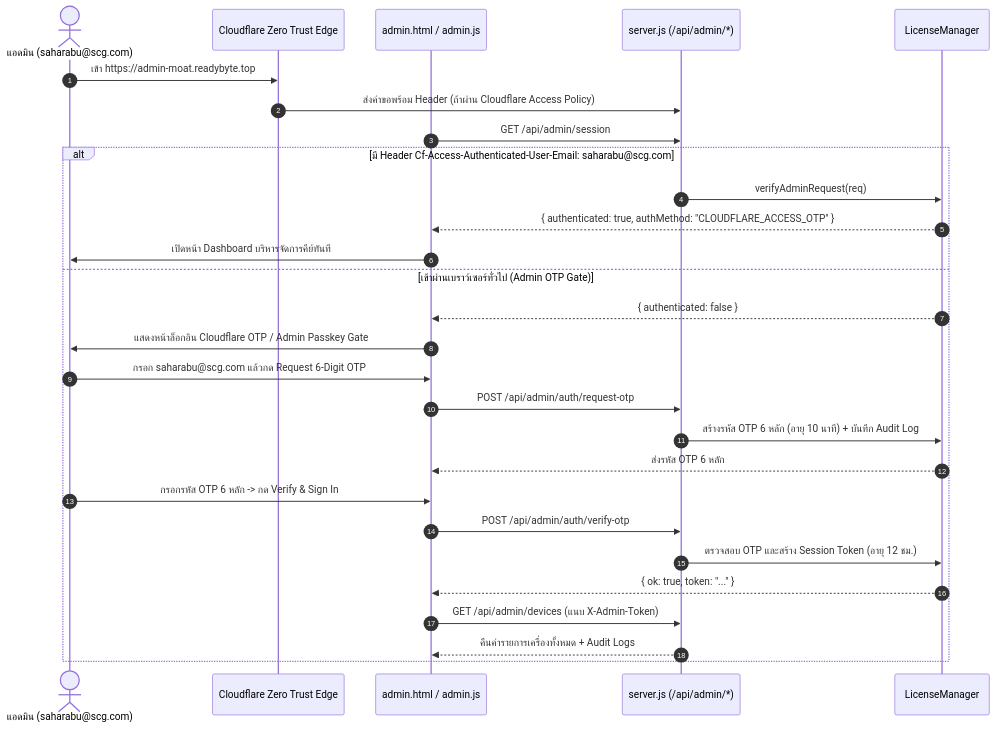
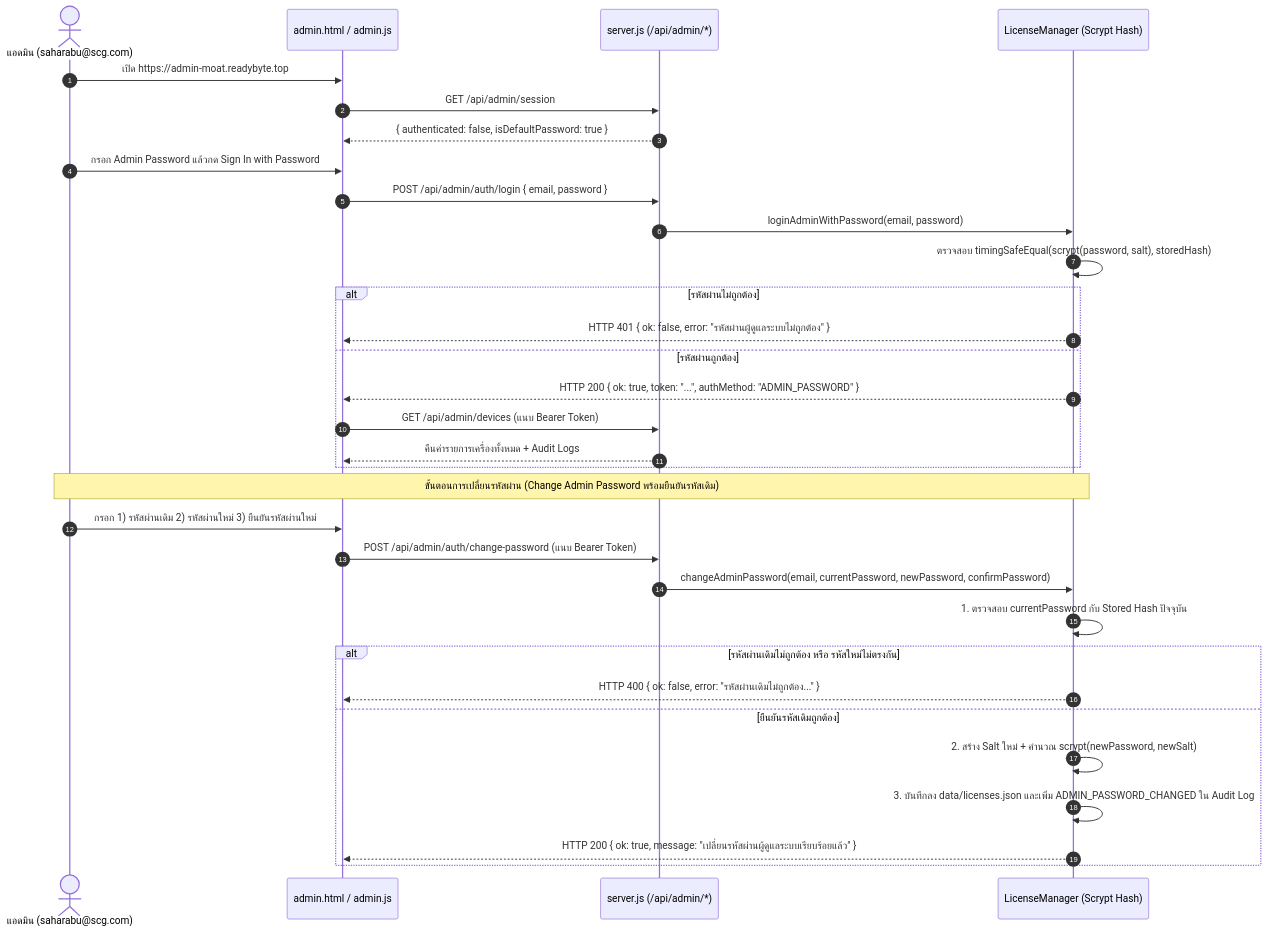
Before and after one commit to e24qdy2/garmin-venu2-moat: the fifth of 6 diagrams in docs/03-APP-FLOW-AND-LOGIC-FLOW.md, drawn with Mermaid. The commit also changed other lines of this file and 10 other files, not shown here.

Commit message:
feat(admin): replace OTP login with Admin Password login and add Change Password with current password verification

````diff
--- a/docs/03-APP-FLOW-AND-LOGIC-FLOW.md
+++ b/docs/03-APP-FLOW-AND-LOGIC-FLOW.md
@@ -146,31 +146,36 @@
 ```mermaid
 sequenceDiagram
     autonumber
     actor Admin as แอดมิน (saharabu@scg.com)
-    participant CF as Cloudflare Zero Trust Edge
     participant UI as admin.html / admin.js
     participant Server as server.js (/api/admin/*)
-    participant Lic as LicenseManager
+    participant Lic as LicenseManager (Scrypt Hash)
 
-    Admin->>CF: เข้า https://admin-moat.readybyte.top
-    CF->>Server: ส่งคำขอพร้อม Header (ถ้าผ่าน Cloudflare Access Policy)
+    Admin->>UI: เปิด https://admin-moat.readybyte.top
     UI->>Server: GET /api/admin/session
-    alt มี Header Cf-Access-Authenticated-User-Email: saharabu@scg.com
-        Server->>Lic: verifyAdminRequest(req)
-        Lic-->>UI: { authenticated: true, authMethod: "CLOUDFLARE_ACCESS_OTP" }
-        UI->>Admin: เปิดหน้า Dashboard บริหารจัดการคีย์ทันที
-    else เข้าผ่านเบราว์เซอร์ทั่วไป (Admin OTP Gate)
-        Lic-->>UI: { authenticated: false }
-        UI->>Admin: แสดงหน้าล็อกอิน Cloudflare OTP / Admin Passkey Gate
-        Admin->>UI: กรอก saharabu@scg.com แล้วกด Request 6-Digit OTP
-        UI->>Server: POST /api/admin/auth/request-otp
-        Server->>Lic: สร้างรหัส OTP 6 หลัก (อายุ 10 นาที) + บันทึก Audit Log
-        Lic-->>UI: ส่งรหัส OTP 6 หลัก
-        Admin->>UI: กรอกรหัส OTP 6 หลัก -> กด Verify & Sign In
-        UI->>Server: POST /api/admin/auth/verify-otp
-        Server->>Lic: ตรวจสอบ OTP และสร้าง Session Token (อายุ 12 ชม.)
-        Lic-->>UI: { ok: true, token: "..." }
-        UI->>Server: GET /api/admin/devices (แนบ X-Admin-Token)
+    Server-->>UI: { authenticated: false, isDefaultPassword: true }
+    Admin->>UI: กรอก Admin Password แล้วกด Sign In with Password
+    UI->>Server: POST /api/admin/auth/login { email, password }
+    Server->>Lic: loginAdminWithPassword(email, password)
+    Lic->>Lic: ตรวจสอบ timingSafeEqual(scrypt(password, salt), storedHash)
+    alt รหัสผ่านไม่ถูกต้อง
+        Lic-->>UI: HTTP 401 { ok: false, error: "รหัสผ่านผู้ดูแลระบบไม่ถูกต้อง" }
+    else รหัสผ่านถูกต้อง
+        Lic-->>UI: HTTP 200 { ok: true, token: "...", authMethod: "ADMIN_PASSWORD" }
+        UI->>Server: GET /api/admin/devices (แนบ Bearer Token)
         Server-->>UI: คืนค่ารายการเครื่องทั้งหมด + Audit Logs
     end
+
+    Note over Admin,Lic: ขั้นตอนการเปลี่ยนรหัสผ่าน (Change Admin Password พร้อมยืนยันรหัสเดิม)
+    Admin->>UI: กรอก 1) รหัสผ่านเดิม 2) รหัสผ่านใหม่ 3) ยืนยันรหัสผ่านใหม่
+    UI->>Server: POST /api/admin/auth/change-password (แนบ Bearer Token)
+    Server->>Lic: changeAdminPassword(email, currentPassword, newPassword, confirmPassword)
+    Lic->>Lic: 1. ตรวจสอบ currentPassword กับ Stored Hash ปัจจุบัน
+    alt รหัสผ่านเดิมไม่ถูกต้อง หรือ รหัสใหม่ไม่ตรงกัน
+        Lic-->>UI: HTTP 400 { ok: false, error: "รหัสผ่านเดิมไม่ถูกต้อง..." }
+    else ยืนยันรหัสเดิมถูกต้อง
+        Lic->>Lic: 2. สร้าง Salt ใหม่ + คำนวณ scrypt(newPassword, newSalt)
+        Lic->>Lic: 3. บันทึกลง data/licenses.json และเพิ่ม ADMIN_PASSWORD_CHANGED ใน Audit Log
+        Lic-->>UI: HTTP 200 { ok: true, message: "เปลี่ยนรหัสผ่านผู้ดูแลระบบเรียบร้อยแล้ว" }
+    end
 ```
````
